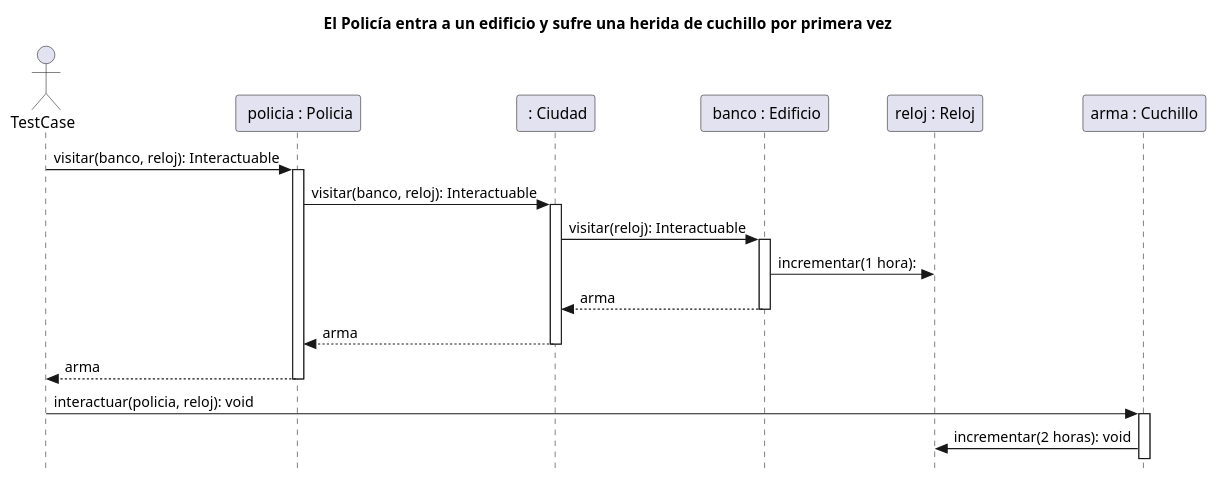
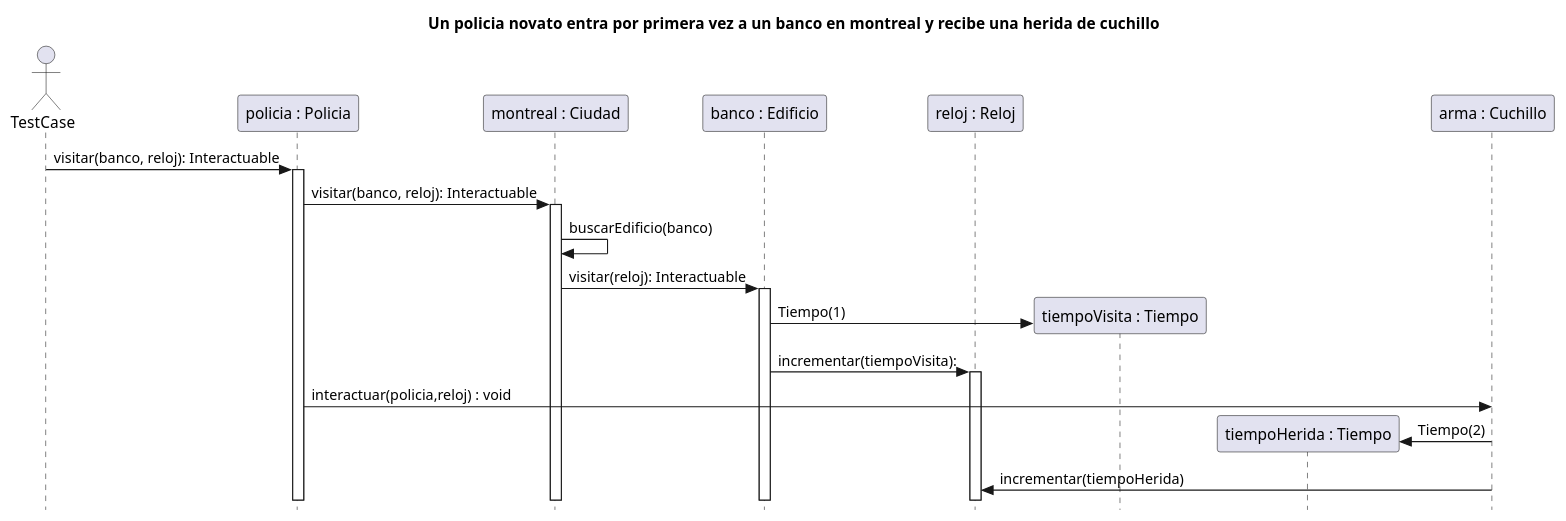
The diagram in diagrams/sequences/PoliciaSufreHeridaDeCuchillo.puml (martinanus/algo3_tp2), drawn with PlantUML before and after one commit. The commit also changed 4 other files, not shown here.

Commit message:
Se actualiza test y diagramas uml

```diff
--- a/diagrams/sequences/PoliciaSufreHeridaDeCuchillo.puml
+++ b/diagrams/sequences/PoliciaSufreHeridaDeCuchillo.puml
@@ -1,26 +1,27 @@
 @startuml
 skinparam style strictuml
-title:  El Policía entra a un edificio y sufre una herida de cuchillo por primera vez
+title:  Un policia novato entra por primera vez a un banco en montreal y recibe una herida de cuchillo
 actor TestCase
 
-participant " policia : Policia" as policia
-participant " : Ciudad" as ciudad
-participant " banco : Edificio" as banco
+participant "policia : Policia" as policia
+participant "montreal : Ciudad" as ciudad
+participant "banco : Edificio" as banco
 participant "reloj : Reloj" as reloj
+participant "tiempoVisita : Tiempo" as tiempoVisita
+participant "tiempoHerida : Tiempo" as tiempoHerida
 participant "arma : Cuchillo" as arma
 
 TestCase -> policia: visitar(banco, reloj): Interactuable
 activate policia
 policia -> ciudad: visitar(banco, reloj): Interactuable
 activate ciudad
+ciudad -> ciudad: buscarEdificio(banco)
 ciudad -> banco: visitar(reloj): Interactuable
 activate banco
-banco -> reloj: incrementar(1 hora):
-return arma
-return arma
-return arma
-TestCase -> arma: interactuar(policia, reloj): void
-activate arma
-arma -> reloj: incrementar(2 horas): void
-
+banco -> tiempoVisita ** : Tiempo(1)
+banco -> reloj: incrementar(tiempoVisita):
+activate reloj
+policia -> arma : interactuar(policia,reloj) : void
+arma -> tiempoHerida ** : Tiempo(2)
+arma -> reloj: incrementar(tiempoHerida)
 @enduml
```
